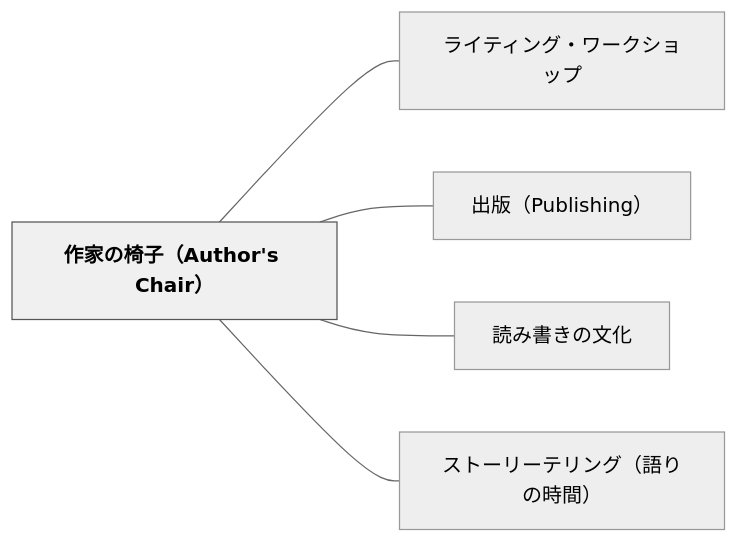
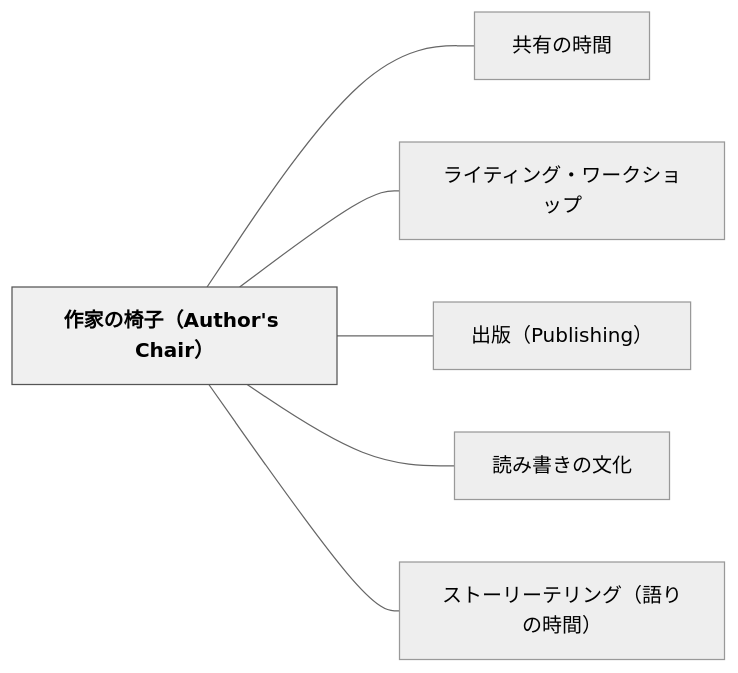
The diagram in content/パタン/作家の椅子（Author's Chair）.md (unknownthings-ed-patterns/unknownthings-ed-patterns), drawn with Mermaid (neutral theme) before and after one commit. The commit also changed other lines of this file and 47 other files, not shown here.

````diff
--- a/content/パタン/作家の椅子（Author's Chair）.md
+++ b/content/パタン/作家の椅子（Author's Chair）.md
@@ -50,16 +51,18 @@
 ```mermaid
 flowchart LR
     ne4bd9ce5aeb6e381aee6a485e5ad90efbc88417574686f722773204368616972efbc89["作家の椅子（Author's Chair）"]
+    ne585b1e69c89e381aee69982e99693["共有の時間"]
     ne383a9e382a4e38386e382a3e383b3e382b0e383bbe383afe383bce382afe382b7e383a7e38383e38397["ライティング・ワークショップ"]
     ne587bae78988efbc885075626c697368696e67efbc89["出版（Publishing）"]
     ne8aaade381bfe69bb8e3818de381aee69687e58c96["読み書きの文化"]
     ne382b9e38388e383bce383aae383bce38386e383aae383b3e382b0efbc88e8aa9ee3828ae381aee69982e99693efbc89["ストーリーテリング（語りの時間）"]
 
+    ne4bd9ce5aeb6e381aee6a485e5ad90efbc88417574686f722773204368616972efbc89 --- ne585b1e69c89e381aee69982e99693
     ne4bd9ce5aeb6e381aee6a485e5ad90efbc88417574686f722773204368616972efbc89 --- ne383a9e382a4e38386e382a3e383b3e382b0e383bbe383afe383bce382afe382b7e383a7e38383e38397
     ne4bd9ce5aeb6e381aee6a485e5ad90efbc88417574686f722773204368616972efbc89 --- ne587bae78988efbc885075626c697368696e67efbc89
     ne4bd9ce5aeb6e381aee6a485e5ad90efbc88417574686f722773204368616972efbc89 --- ne8aaade381bfe69bb8e3818de381aee69687e58c96
     ne4bd9ce5aeb6e381aee6a485e5ad90efbc88417574686f722773204368616972efbc89 --- ne382b9e38388e383bce383aae383bce38386e383aae383b3e382b0efbc88e8aa9ee3828ae381aee69982e99693efbc89
 
     classDef hub fill:#f0f0f0,stroke:#555,color:#000,font-weight:bold
     class ne4bd9ce5aeb6e381aee6a485e5ad90efbc88417574686f722773204368616972efbc89 hub
 ```
````
